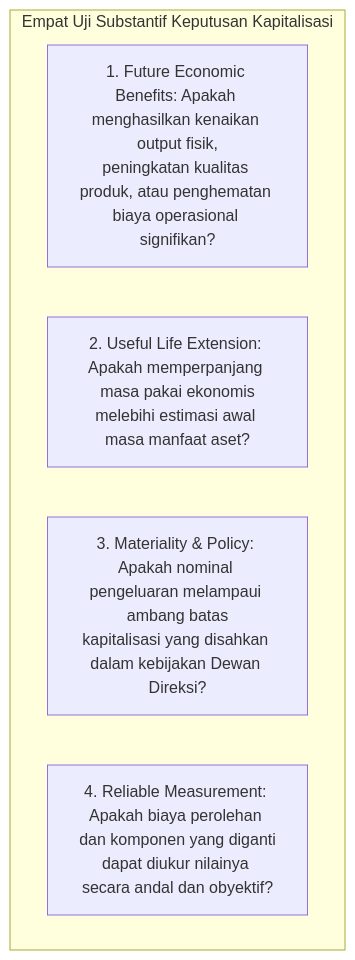
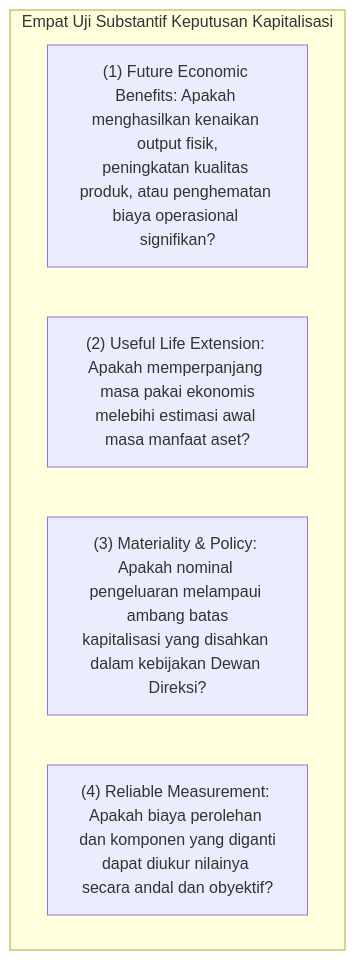
Before and after one commit to alimurrofid/erp-notes: the second of 3 diagrams in content/08-assets/capex-vs-opex.md, drawn with Mermaid. The commit also changed other lines of this file and 132 other files, not shown here.

````diff
--- a/content/08-assets/capex-vs-opex.md
+++ b/content/08-assets/capex-vs-opex.md
@@ -34,9 +34,9 @@
 ```mermaid
 graph TD
     subgraph DecisionCriteria["Empat Uji Substantif Keputusan Kapitalisasi"]
-        U1["1. Future Economic Benefits: Apakah menghasilkan kenaikan output fisik,<br/>peningkatan kualitas produk, atau penghematan biaya operasional signifikan?"]
-        U2["2. Useful Life Extension: Apakah memperpanjang masa pakai ekonomis<br/>melebihi estimasi awal masa manfaat aset?"]
-        U3["3. Materiality & Policy: Apakah nominal pengeluaran melampaui ambang batas<br/>kapitalisasi yang disahkan dalam kebijakan Dewan Direksi?"]
-        U4["4. Reliable Measurement: Apakah biaya perolehan dan komponen yang diganti<br/>dapat diukur nilainya secara andal dan obyektif?"]
+        U1["(1) Future Economic Benefits: Apakah menghasilkan kenaikan output fisik,<br/>peningkatan kualitas produk, atau penghematan biaya operasional signifikan?"]
+        U2["(2) Useful Life Extension: Apakah memperpanjang masa pakai ekonomis<br/>melebihi estimasi awal masa manfaat aset?"]
+        U3["(3) Materiality & Policy: Apakah nominal pengeluaran melampaui ambang batas<br/>kapitalisasi yang disahkan dalam kebijakan Dewan Direksi?"]
+        U4["(4) Reliable Measurement: Apakah biaya perolehan dan komponen yang diganti<br/>dapat diukur nilainya secara andal dan obyektif?"]
     end
 ```
````
